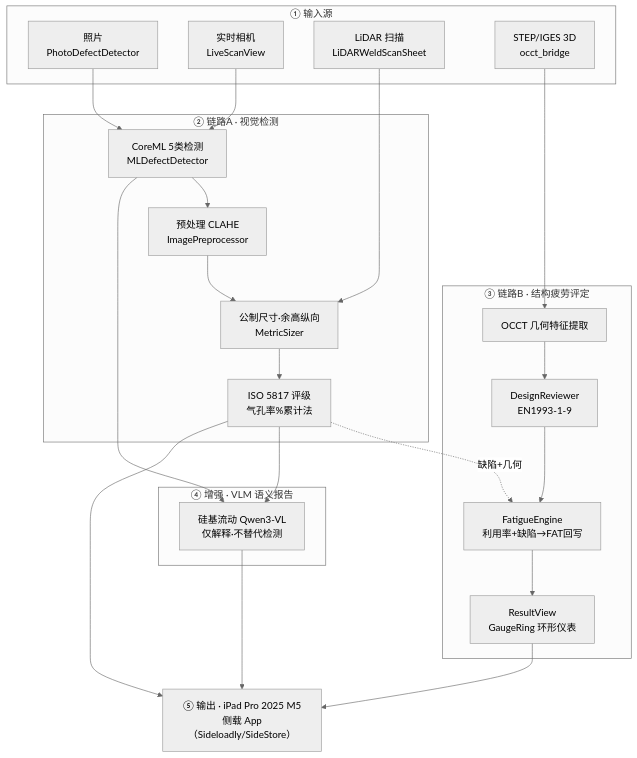
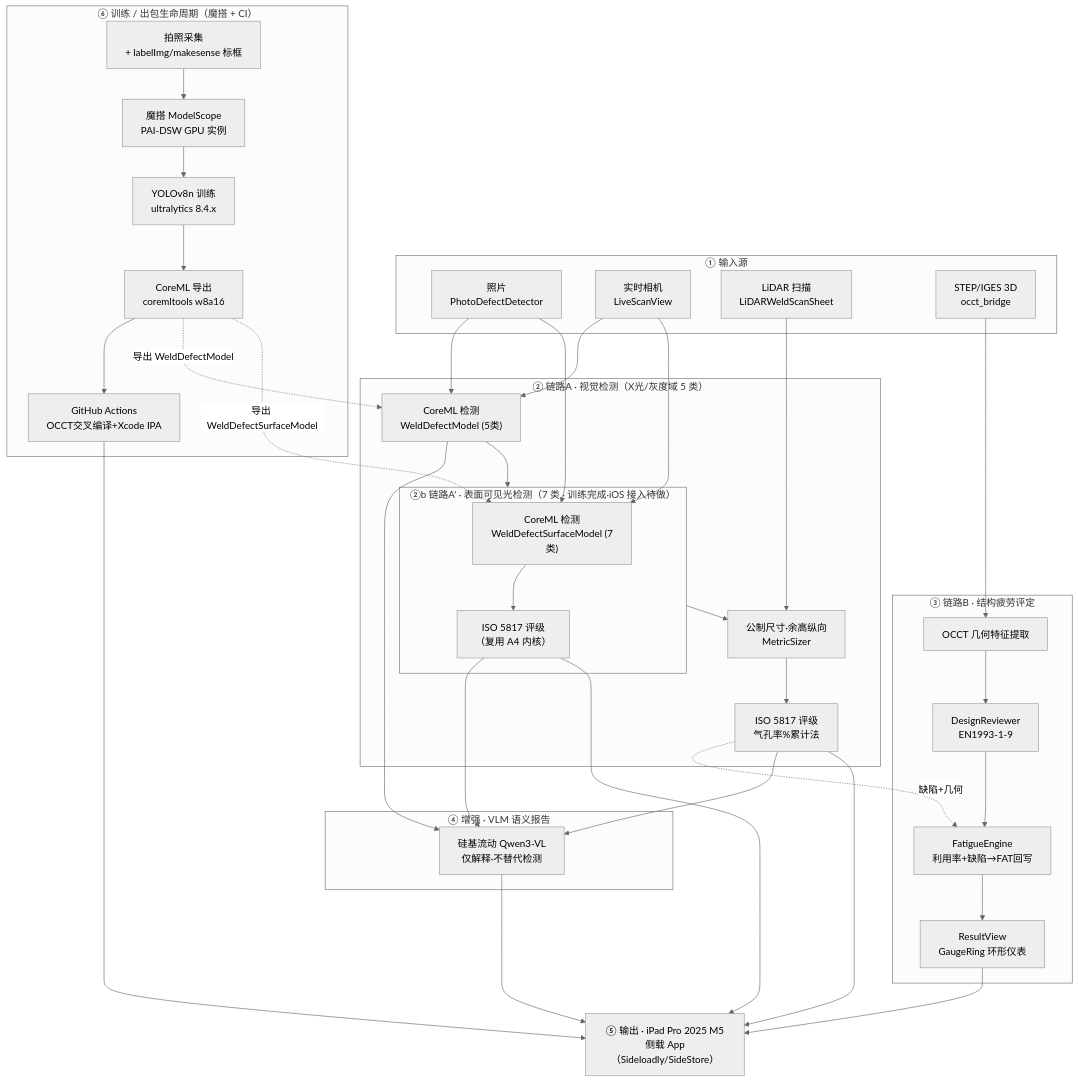
One commit to haoinkel/weld-fatigue-checker changed the diagram in 焊缝缺陷识别及判定_方法论与开发手册.md. Above: the diagram before and after it, drawn with Mermaid (neutral theme). The commit also changed other lines of this file and 51 other files, not shown here.

Commit message:
feat: 集成 WeldDefectSurfaceModel(CoreML w8a16)+SurfaceDefectDetector 并纳入 pbxproj；含 iOS UI 修复与 surface 训练脚本

````diff
--- a/焊缝缺陷识别及判定_方法论与开发手册.md
+++ b/焊缝缺陷识别及判定_方法论与开发手册.md
@@ -13,38 +13,59 @@
 ```mermaid
 flowchart TB
     subgraph IN["① 输入源"]
         P["照片<br/>PhotoDefectDetector"]
         R["实时相机<br/>LiveScanView"]
         L["LiDAR 扫描<br/>LiDARWeldScanSheet"]
         S["STEP/IGES 3D<br/>occt_bridge"]
     end
-    subgraph A["② 链路A · 视觉检测"]
-        A1["CoreML 5类检测<br/>MLDefectDetector"]
+    subgraph A["② 链路A · 视觉检测（X光/灰度域 5 类）"]
+        A1["CoreML 检测<br/>WeldDefectModel (5类)"]
         A2["预处理 CLAHE<br/>ImagePreprocessor"]
         A3["公制尺寸·余高纵向<br/>MetricSizer"]
         A4["ISO 5817 评级<br/>气孔率%累计法"]
+    end
+    subgraph A2["②b 链路A' · 表面可见光检测（7 类 · 训练完成·iOS 接入待做）"]
+        SA1["CoreML 检测<br/>WeldDefectSurfaceModel (7类)"]
+        SA2["ISO 5817 评级<br/>（复用 A4 内核）"]
     end
     subgraph B["③ 链路B · 结构疲劳评定"]
         B1["OCCT 几何特征提取"]
         B2["DesignReviewer<br/>EN1993-1-9"]
         B3["FatigueEngine<br/>利用率+缺陷→FAT回写"]
         B4["ResultView<br/>GaugeRing 环形仪表"]
     end
     subgraph C["④ 增强 · VLM 语义报告"]
         V["硅基流动 Qwen3-VL<br/>仅解释·不替代检测"]
     end
     OUT["⑤ 输出 · iPad Pro 2025 M5<br/>侧载 App（Sideloadly/SideStore）"]
 
+    subgraph T["⑥ 训练 / 出包生命周期（魔搭 + CI）"]
+        T0["拍照采集<br/>+ labelImg/makesense 标框"]
+        T1["魔搭 ModelScope<br/>PAI-DSW GPU 实例"]
+        T2["YOLOv8n 训练<br/>ultralytics 8.4.x"]
+        T3["CoreML 导出<br/>coremltools w8a16"]
+        T4["GitHub Actions<br/>OCCT交叉编译+Xcode IPA"]
+        T0 --> T1 --> T2 --> T3 --> T4
+    end
+
     P --> A1
     R --> A1
     L --> A3
     S --> B1
     A1 --> A2 --> A3 --> A4
+    P --> SA1
+    R --> SA1
+    SA1 --> SA2
     B1 --> B2 --> B3 --> B4
     A4 -.缺陷+几何.-> B3
     A4 --> V
     A1 --> V
+    SA2 --> V
+    T3 -.导出 WeldDefectModel.-> A1
+    T3 -.导出 WeldDefectSurfaceModel.-> SA1
+    T4 --> OUT
     V --> OUT
     A4 --> OUT
     B4 --> OUT
+    SA2 --> OUT
 ```
````
